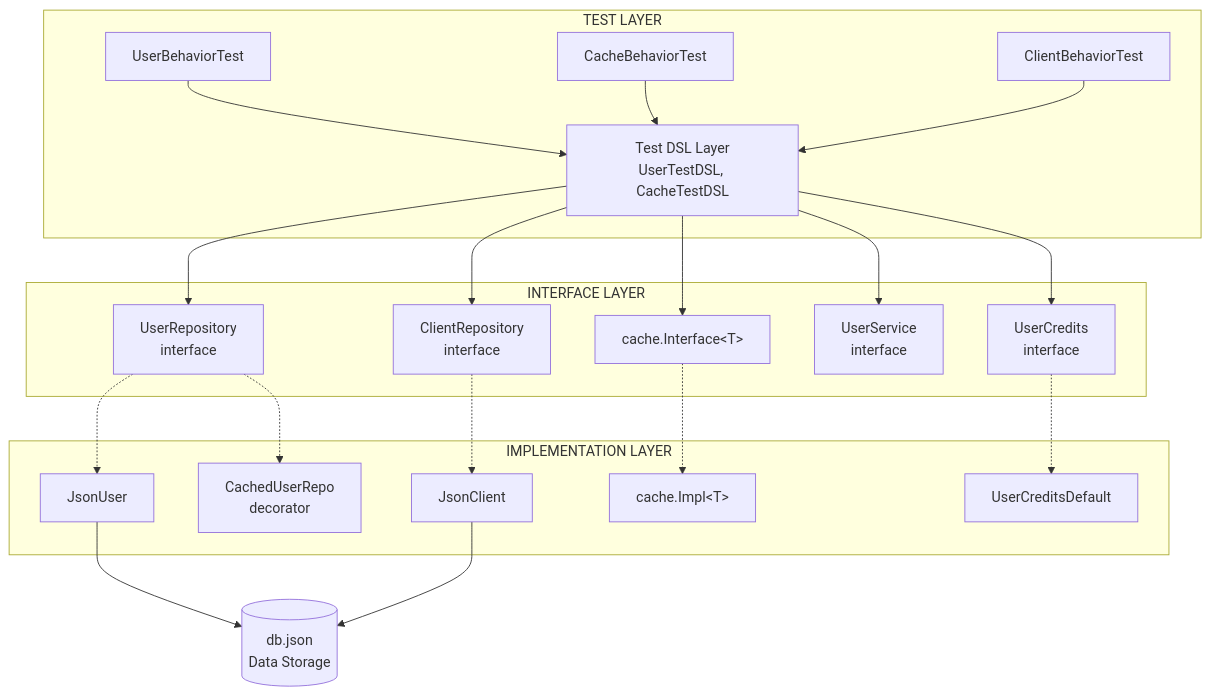
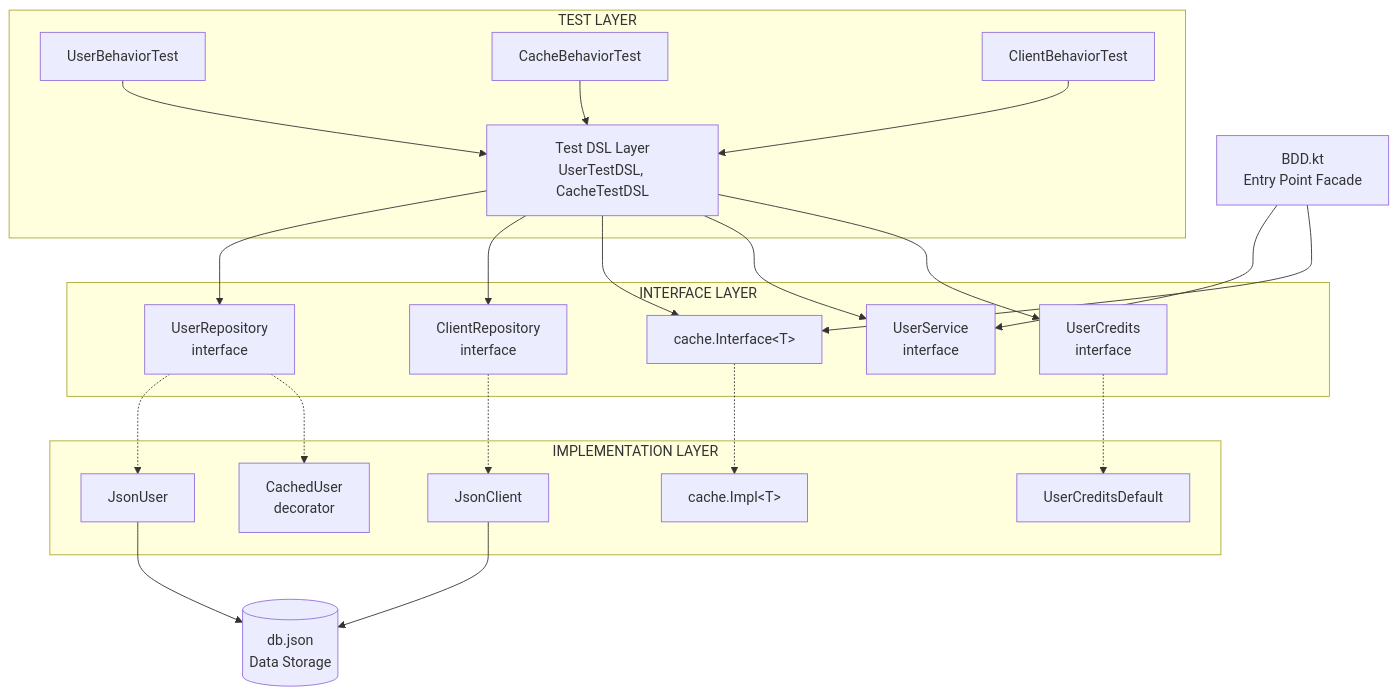
The first of 3 diagrams in docs/ARCHITECTURE.md (GitSmart86/BDD-Example-Kotlin), drawn with Mermaid before and after one commit. The commit also changed other lines of this file and 1 other file, not shown here.

First line of the commit message:
Add BDD.kt entry point facade

````diff
--- a/docs/ARCHITECTURE.md
+++ b/docs/ARCHITECTURE.md
@@ -21,34 +47,37 @@
 ```mermaid
 flowchart TB
+    BDD[BDD.kt<br/>Entry Point Facade]
+
     subgraph TEST["TEST LAYER"]
         UBT[UserBehaviorTest]
         CBT[CacheBehaviorTest]
         CLBT[ClientBehaviorTest]
         UBT & CBT & CLBT --> DSL[Test DSL Layer<br/>UserTestDSL, CacheTestDSL]
     end
 
     subgraph INTERFACE["INTERFACE LAYER"]
         UR[UserRepository<br/>interface]
         CR[ClientRepository<br/>interface]
         LC[cache.Interface&lt;T&gt;]
         US[UserService<br/>interface]
         CP[UserCredits<br/>interface]
     end
 
     subgraph IMPL["IMPLEMENTATION LAYER"]
         JUR[JsonUser]
         JCR[JsonClient]
         LCI[cache.Impl&lt;T&gt;]
-        CUR[CachedUserRepo<br/>decorator]
+        CUR[CachedUser<br/>decorator]
         DCP[UserCreditsDefault]
     end
 
     DB[(db.json<br/>Data Storage)]
 
+    BDD --> US & LC
     DSL --> UR & CR & LC & US & CP
     UR -.-> JUR & CUR
     CR -.-> JCR
     LC -.-> LCI
     CP -.-> DCP
     JUR & JCR --> DB
 ```
````
